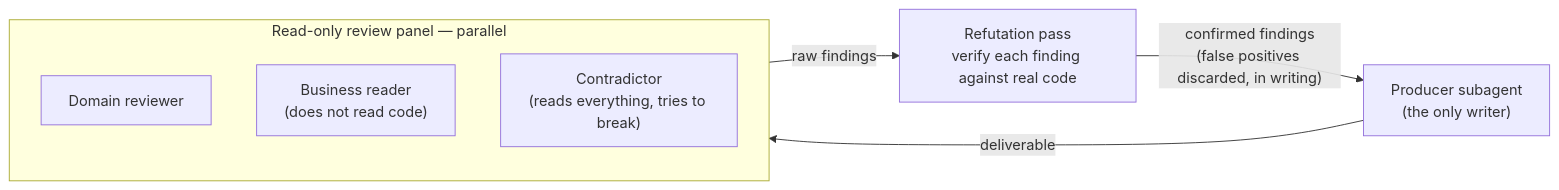
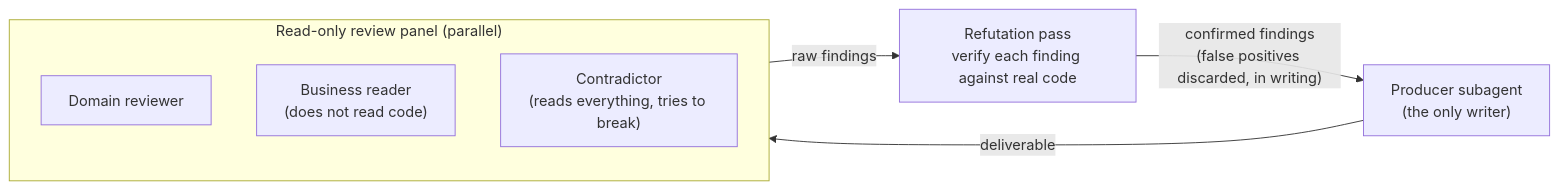
One commit to gabrielchinarro-pro/mainstay changed the third of 3 diagrams in docs/en/core/03-agent-architecture.md. Above: the diagram before and after it, drawn with Mermaid. The commit also changed other lines of this file and 86 other files, not shown here.

````diff
--- a/docs/en/core/03-agent-architecture.md
+++ b/docs/en/core/03-agent-architecture.md
@@ -212,11 +212,11 @@
 ```mermaid
 flowchart LR
     P["Producer subagent\n(the only writer)"] -->|deliverable| PANEL
-    subgraph PANEL["Read-only review panel — parallel"]
+    subgraph PANEL["Read-only review panel (parallel)"]
         R1["Domain reviewer"]
         R2["Business reader\n(does not read code)"]
         R3["Contradictor\n(reads everything, tries to break)"]
     end
     PANEL -->|raw findings| V["Refutation pass\nverify each finding against real code"]
     V -->|"confirmed findings\n(false positives discarded, in writing)"| P
 ```
````
